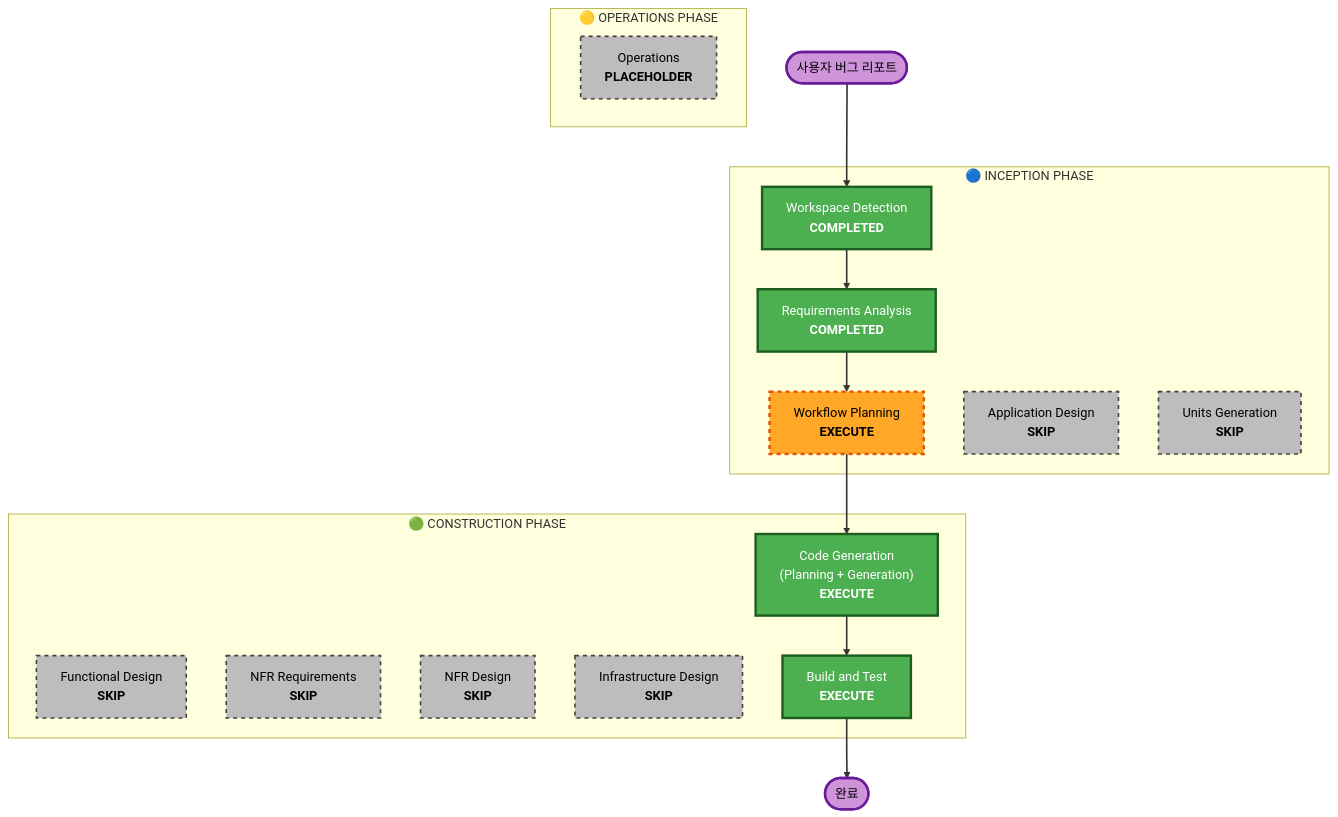
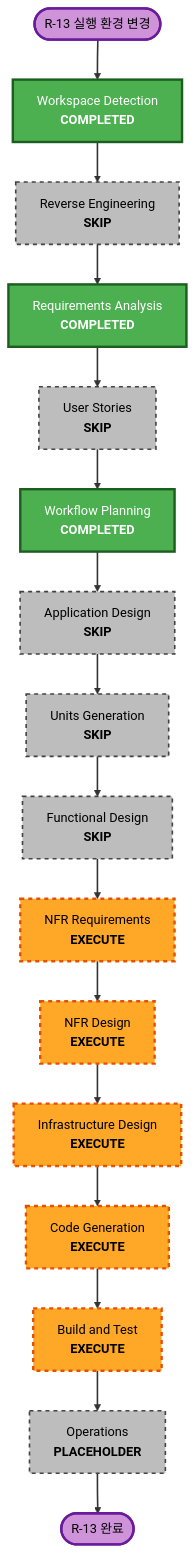
The second of 3 diagrams in aidlc-docs/inception/plans/execution-plan.md (dlhwang/CliExecutionPlatform), drawn with Mermaid before and after one commit. The commit also changed other lines of this file and 36 other files, not shown here.

````diff
--- a/aidlc-docs/inception/plans/execution-plan.md
+++ b/aidlc-docs/inception/plans/execution-plan.md
@@ -38,50 +172,39 @@
 ```mermaid
 flowchart TD
-    Start(["사용자 버그 리포트"])
-    
-    subgraph INCEPTION["🔵 INCEPTION PHASE"]
-        WD["Workspace Detection<br/><b>COMPLETED</b>"]
-        RA["Requirements Analysis<br/><b>COMPLETED</b>"]
-        WP["Workflow Planning<br/><b>EXECUTE</b>"]
-        AD["Application Design<br/><b>SKIP</b>"]
-        UG["Units Generation<br/><b>SKIP</b>"]
-    end
-    
-    subgraph CONSTRUCTION["🟢 CONSTRUCTION PHASE"]
-        FD["Functional Design<br/><b>SKIP</b>"]
-        NFRA["NFR Requirements<br/><b>SKIP</b>"]
-        NFRD["NFR Design<br/><b>SKIP</b>"]
-        ID["Infrastructure Design<br/><b>SKIP</b>"]
-        CG["Code Generation<br/>(Planning + Generation)<br/><b>EXECUTE</b>"]
-        BT["Build and Test<br/><b>EXECUTE</b>"]
-    end
-    
-    subgraph OPERATIONS["🟡 OPERATIONS PHASE"]
-        OPS["Operations<br/><b>PLACEHOLDER</b>"]
-    end
-    
-    Start --> WD
-    WD --> RA
-    RA --> WP
-    WP --> CG
-    CG --> BT
-    BT --> End(["완료"])
-    
+    Start(["R-13 실행 환경 변경"])
+    WD["Workspace Detection<br/><b>COMPLETED</b>"]
+    RE["Reverse Engineering<br/><b>SKIP</b>"]
+    RA["Requirements Analysis<br/><b>COMPLETED</b>"]
+    US["User Stories<br/><b>SKIP</b>"]
+    WP["Workflow Planning<br/><b>COMPLETED</b>"]
+    AD["Application Design<br/><b>SKIP</b>"]
+    UG["Units Generation<br/><b>SKIP</b>"]
+    FD["Functional Design<br/><b>SKIP</b>"]
+    NFRA["NFR Requirements<br/><b>EXECUTE</b>"]
+    NFRD["NFR Design<br/><b>EXECUTE</b>"]
+    ID["Infrastructure Design<br/><b>EXECUTE</b>"]
+    CG["Code Generation<br/><b>EXECUTE</b>"]
+    BT["Build and Test<br/><b>EXECUTE</b>"]
+    OPS["Operations<br/><b>PLACEHOLDER</b>"]
+    End(["R-13 완료"])
+
+    Start --> WD --> RE --> RA --> US --> WP --> AD --> UG --> FD --> NFRA --> NFRD --> ID --> CG --> BT --> OPS --> End
+
     style WD fill:#4CAF50,stroke:#1B5E20,stroke-width:3px,color:#fff
     style RA fill:#4CAF50,stroke:#1B5E20,stroke-width:3px,color:#fff
-    style WP fill:#FFA726,stroke:#E65100,stroke-width:3px,stroke-dasharray: 5 5,color:#000
-    style AD fill:#BDBDBD,stroke:#424242,stroke-width:2px,stroke-dasharray: 5 5,color:#000
-    style UG fill:#BDBDBD,stroke:#424242,stroke-width:2px,stroke-dasharray: 5 5,color:#000
-    
-    style FD fill:#BDBDBD,stroke:#424242,stroke-width:2px,stroke-dasharray: 5 5,color:#000
-    style NFRA fill:#BDBDBD,stroke:#424242,stroke-width:2px,stroke-dasharray: 5 5,color:#000
-    style NFRD fill:#BDBDBD,stroke:#424242,stroke-width:2px,stroke-dasharray: 5 5,color:#000
-    style ID fill:#BDBDBD,stroke:#424242,stroke-width:2px,stroke-dasharray: 5 5,color:#000
-    style CG fill:#4CAF50,stroke:#1B5E20,stroke-width:3px,color:#fff
-    style BT fill:#4CAF50,stroke:#1B5E20,stroke-width:3px,color:#fff
-    style OPS fill:#BDBDBD,stroke:#424242,stroke-width:2px,stroke-dasharray: 5 5,color:#000
+    style WP fill:#4CAF50,stroke:#1B5E20,stroke-width:3px,color:#fff
+    style NFRA fill:#FFA726,stroke:#E65100,stroke-width:3px,stroke-dasharray:5 5,color:#000
+    style NFRD fill:#FFA726,stroke:#E65100,stroke-width:3px,stroke-dasharray:5 5,color:#000
+    style ID fill:#FFA726,stroke:#E65100,stroke-width:3px,stroke-dasharray:5 5,color:#000
+    style CG fill:#FFA726,stroke:#E65100,stroke-width:3px,stroke-dasharray:5 5,color:#000
+    style BT fill:#FFA726,stroke:#E65100,stroke-width:3px,stroke-dasharray:5 5,color:#000
+    style RE fill:#BDBDBD,stroke:#424242,stroke-width:2px,stroke-dasharray:5 5,color:#000
+    style US fill:#BDBDBD,stroke:#424242,stroke-width:2px,stroke-dasharray:5 5,color:#000
+    style AD fill:#BDBDBD,stroke:#424242,stroke-width:2px,stroke-dasharray:5 5,color:#000
+    style UG fill:#BDBDBD,stroke:#424242,stroke-width:2px,stroke-dasharray:5 5,color:#000
+    style FD fill:#BDBDBD,stroke:#424242,stroke-width:2px,stroke-dasharray:5 5,color:#000
+    style OPS fill:#BDBDBD,stroke:#424242,stroke-width:2px,stroke-dasharray:5 5,color:#000
     style Start fill:#CE93D8,stroke:#6A1B9A,stroke-width:3px,color:#000
     style End fill:#CE93D8,stroke:#6A1B9A,stroke-width:3px,color:#000
-    
     linkStyle default stroke:#333,stroke-width:2px
 ```
````
